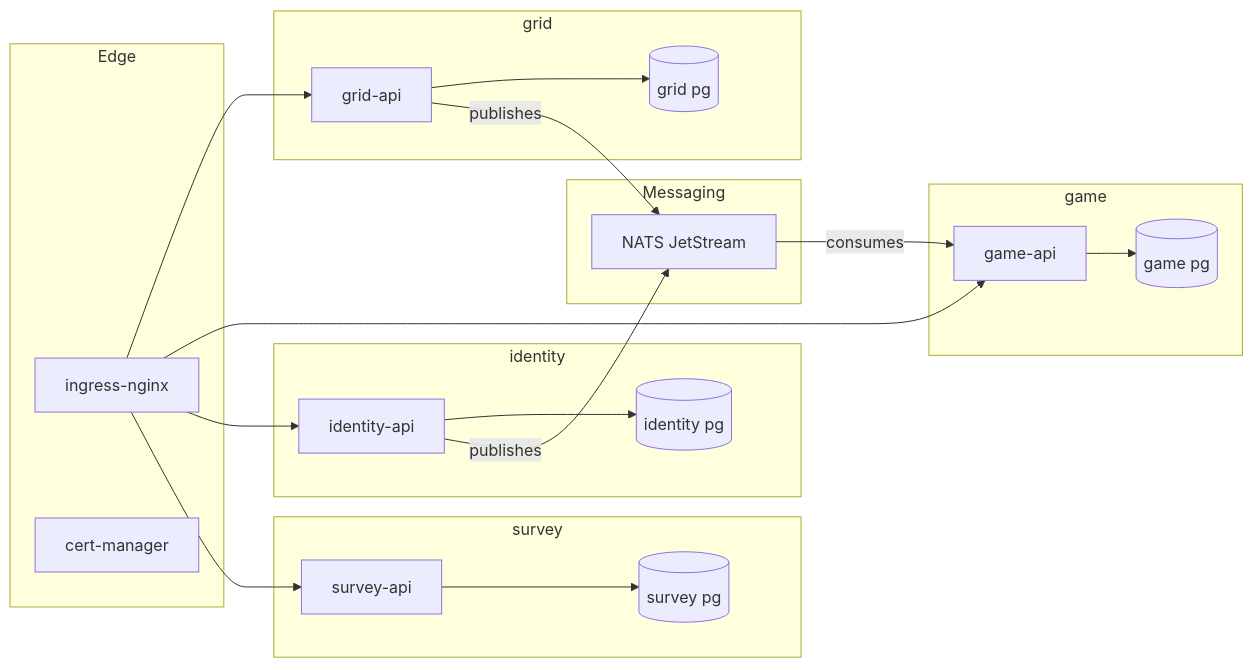
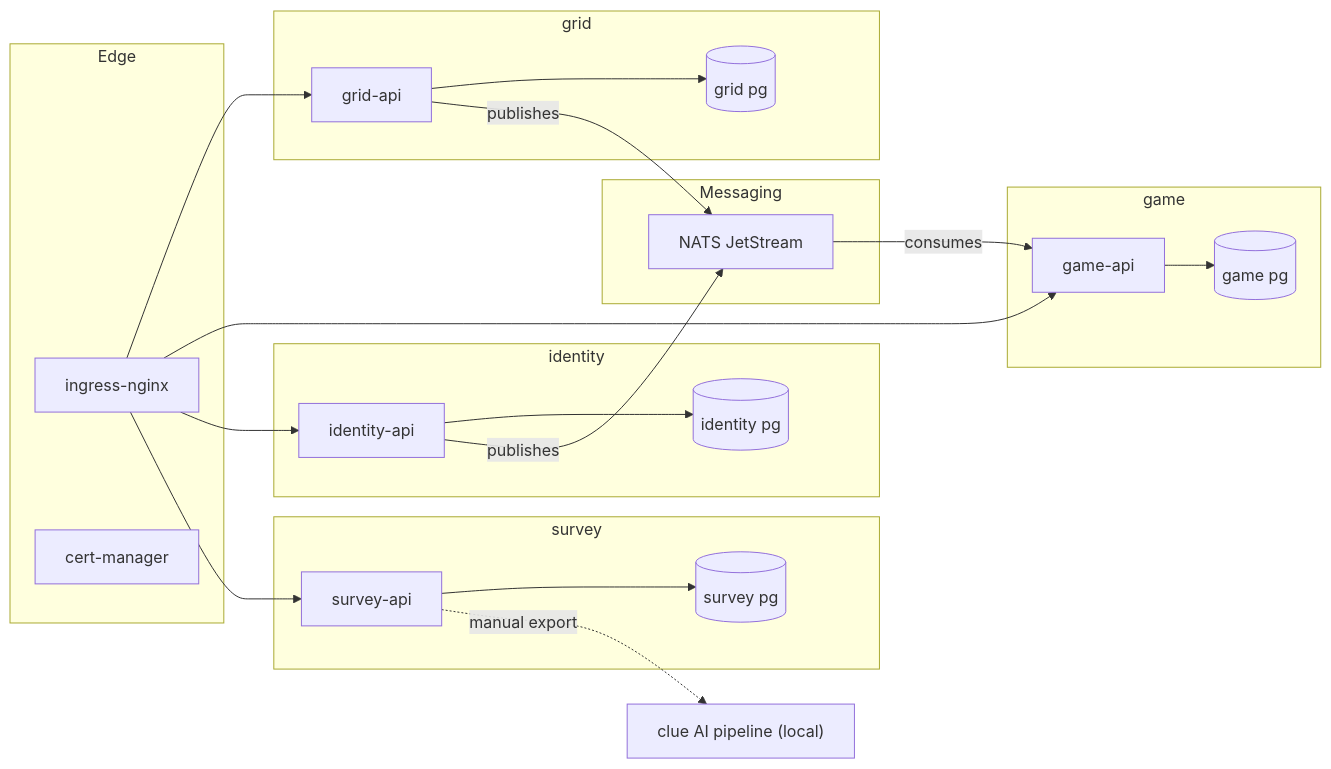
One commit to Ishou/wordsparrow changed the first of 5 diagrams in README.md. Above: the diagram before and after it, drawn with Mermaid. The commit also changed other lines of this file and 4 other files, not shown here.

First line of the commit message:
feat(infra-diagrams): show manual survey->clue-pipeline loop, simplify flow labels

````diff
--- a/README.md
+++ b/README.md
@@ -60,37 +60,39 @@
 ```mermaid
 flowchart LR
   subgraph Edge
     ingress["ingress-nginx"]
     certmanager["cert-manager"]
   end
   subgraph Messaging
     nats["NATS JetStream"]
   end
   subgraph ctx_grid["grid"]
     grid["grid-api"]
     gridDB[("grid pg")]
     grid --> gridDB
   end
   subgraph ctx_game["game"]
     game["game-api"]
     gameDB[("game pg")]
     game --> gameDB
   end
   subgraph ctx_identity["identity"]
     identity["identity-api"]
     identityDB[("identity pg")]
     identity --> identityDB
   end
   subgraph ctx_survey["survey"]
     survey["survey-api"]
     surveyDB[("survey pg")]
     survey --> surveyDB
   end
+  cluepipeline["clue AI pipeline (local)"]
   ingress --> grid
   ingress --> game
   ingress --> identity
   ingress --> survey
   grid -->|publishes| nats
   identity -->|publishes| nats
   nats -->|consumes| game
+  survey -. manual export .-> cluepipeline
 ```
````
